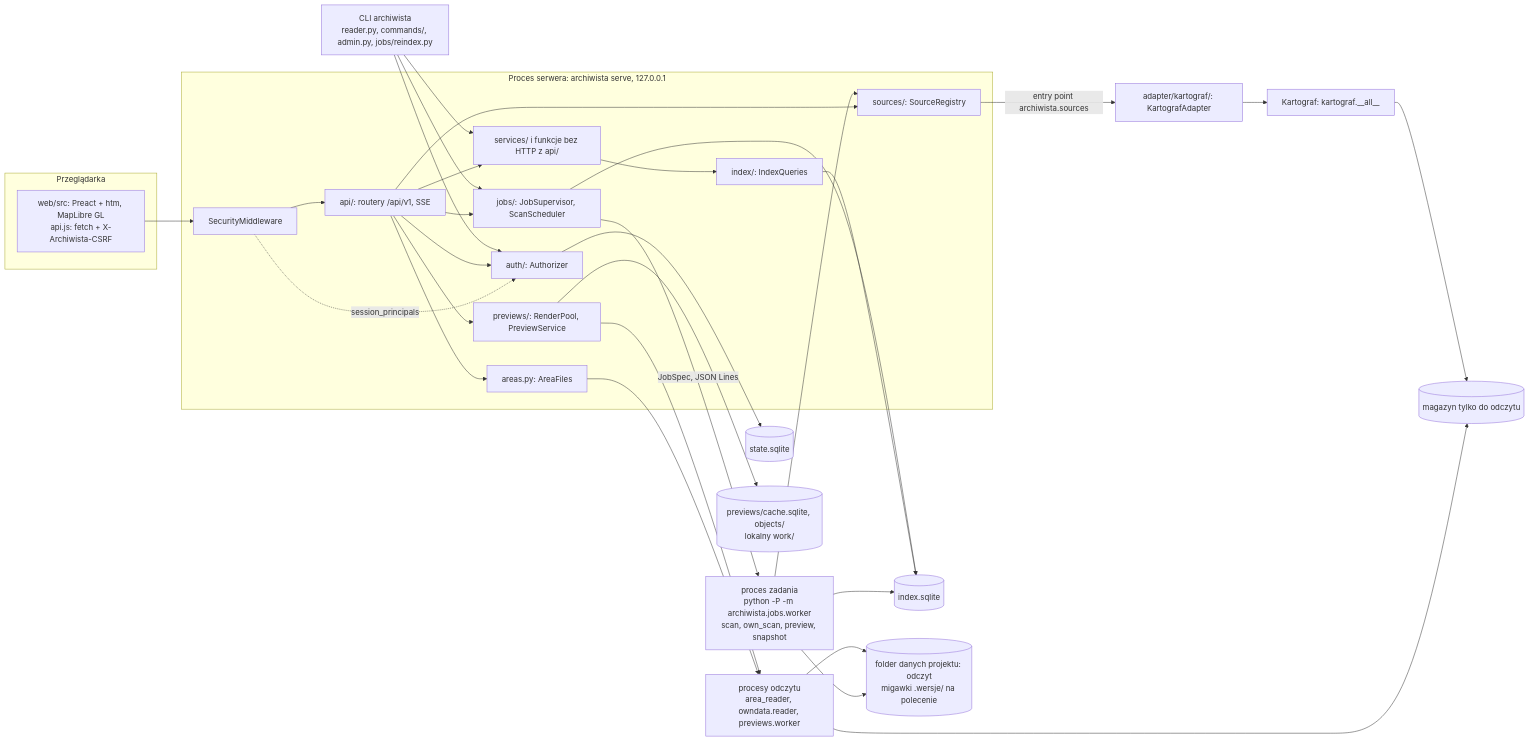
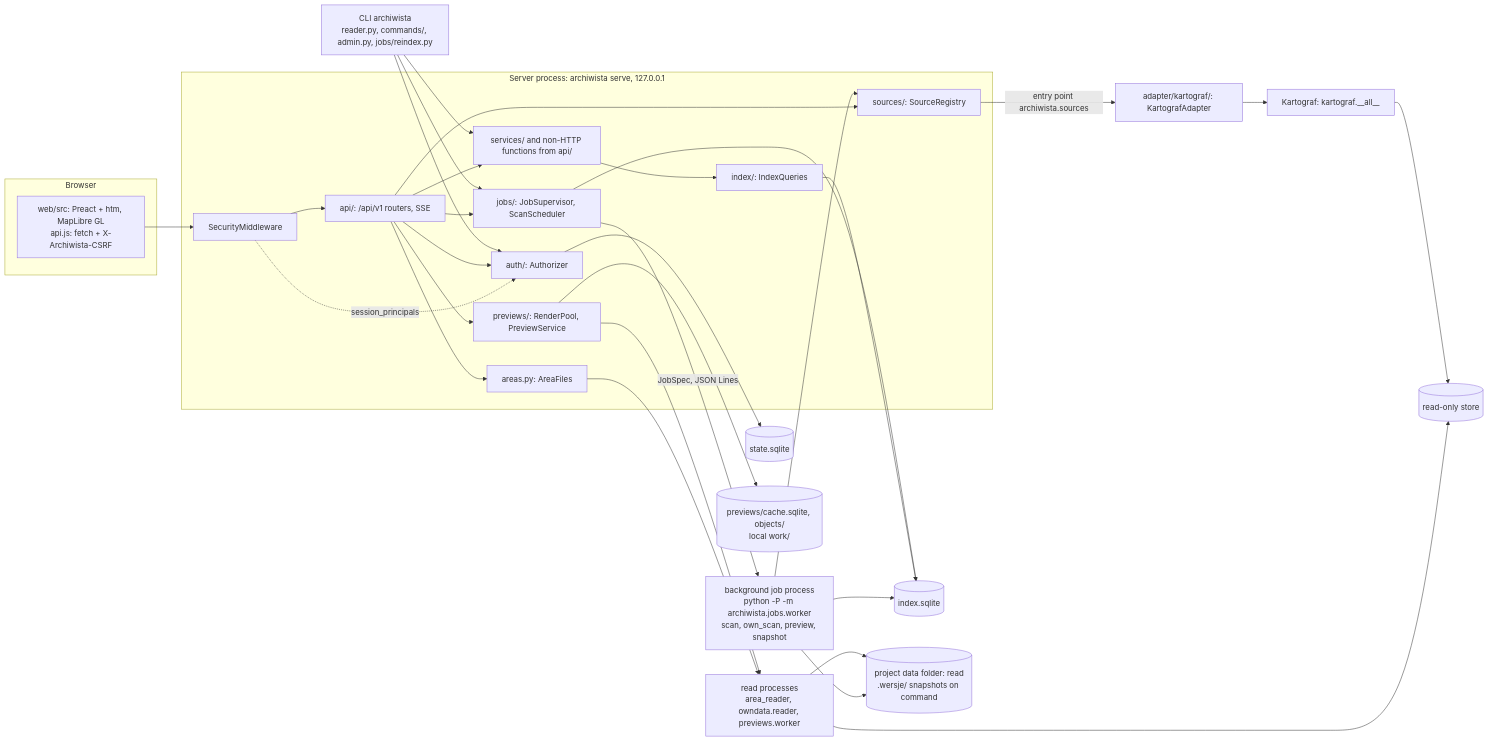
The first of 2 diagrams in docs/ARCHITECTURE.md (Daldek/Archiwista), drawn with Mermaid before and after one commit. The commit also changed other lines of this file, not shown here.

First line of the commit message:
docs: translate ARCHITECTURE.md to English

````diff
--- a/docs/ARCHITECTURE.md
+++ b/docs/ARCHITECTURE.md
@@ -192,47 +194,47 @@
 ```mermaid
 flowchart LR
-  subgraph PRZ["Przeglądarka"]
+  subgraph PRZ["Browser"]
     UI["web/src: Preact + htm, MapLibre GL<br/>api.js: fetch + X-Archiwista-CSRF"]
   end
   CLI["CLI archiwista<br/>reader.py, commands/, admin.py, jobs/reindex.py"]
-  subgraph SRV["Proces serwera: archiwista serve, 127.0.0.1"]
+  subgraph SRV["Server process: archiwista serve, 127.0.0.1"]
     MW["SecurityMiddleware"]
-    API["api/: routery /api/v1, SSE"]
-    SVC["services/ i funkcje bez HTTP z api/"]
+    API["api/: /api/v1 routers, SSE"]
+    SVC["services/ and non-HTTP functions from api/"]
     AUTH["auth/: Authorizer"]
     Q["index/: IndexQueries"]
     SUP["jobs/: JobSupervisor, ScanScheduler"]
     AF["areas.py: AreaFiles"]
     REG["sources/: SourceRegistry"]
     POOL["previews/: RenderPool, PreviewService"]
   end
-  W["proces zadania<br/>python -P -m archiwista.jobs.worker<br/>scan, own_scan, preview, snapshot"]
-  R["procesy odczytu<br/>area_reader, owndata.reader, previews.worker"]
+  W["background job process<br/>python -P -m archiwista.jobs.worker<br/>scan, own_scan, preview, snapshot"]
+  R["read processes<br/>area_reader, owndata.reader, previews.worker"]
   ADP["adapter/kartograf/: KartografAdapter"]
   KG["Kartograf: kartograf.__all__"]
   IDX[("index.sqlite")]
   ST[("state.sqlite")]
-  MAG[("magazyn tylko do odczytu")]
-  OWN[("folder danych projektu: odczyt<br/>migawki .wersje/ na polecenie")]
-  CACHE[("previews/cache.sqlite, objects/<br/>lokalny work/")]
+  MAG[("read-only store")]
+  OWN[("project data folder: read<br/>.wersje/ snapshots on command")]
+  CACHE[("previews/cache.sqlite, objects/<br/>local work/")]
   UI --> MW --> API
   MW -. "session_principals" .-> AUTH
   API --> SVC --> Q --> IDX
   API --> AUTH --> ST
   API --> SUP
   API --> AF --> R
   API --> REG
   API --> POOL --> R
   POOL --> CACHE
   SUP -- "JobSpec, JSON Lines" --> W
   SUP --> IDX
   W --> IDX
   W --> REG
   W --> OWN
   R --> OWN
   R --> MAG
   REG -- "entry point archiwista.sources" --> ADP --> KG --> MAG
   CLI --> SVC
   CLI --> AUTH
   CLI --> SUP
 ```
````
